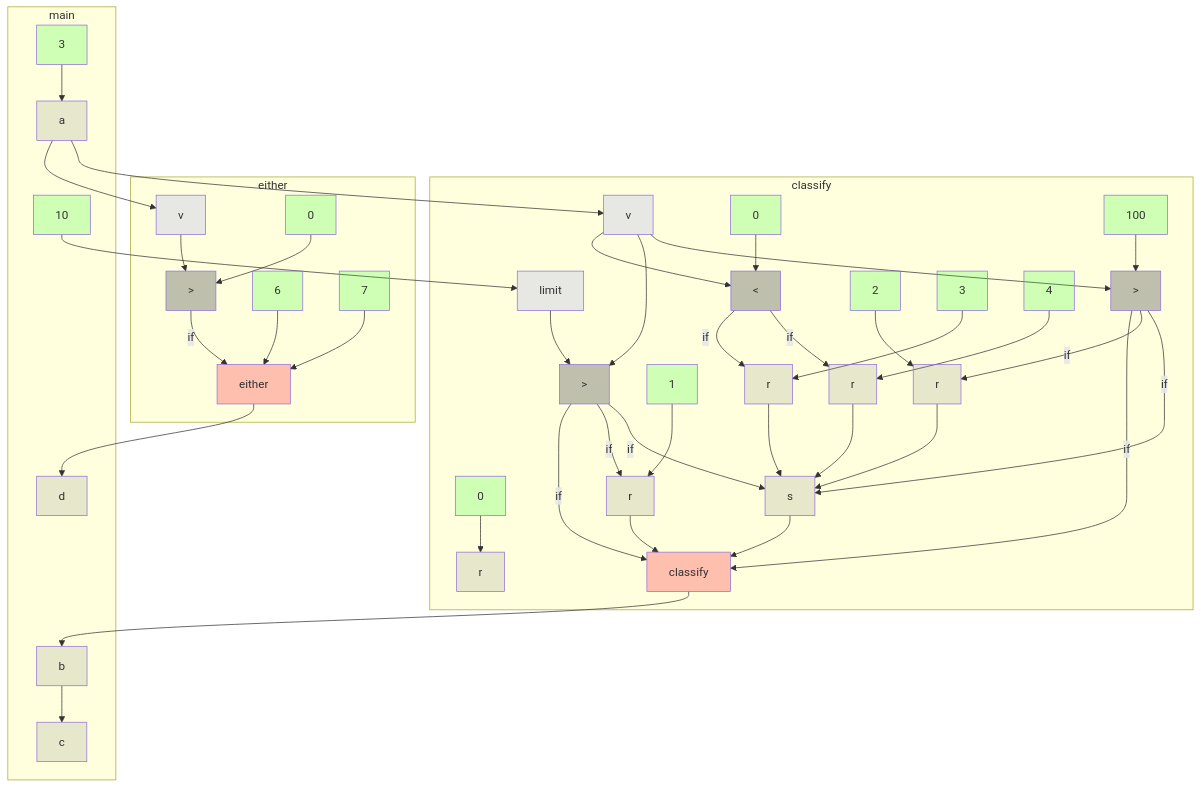
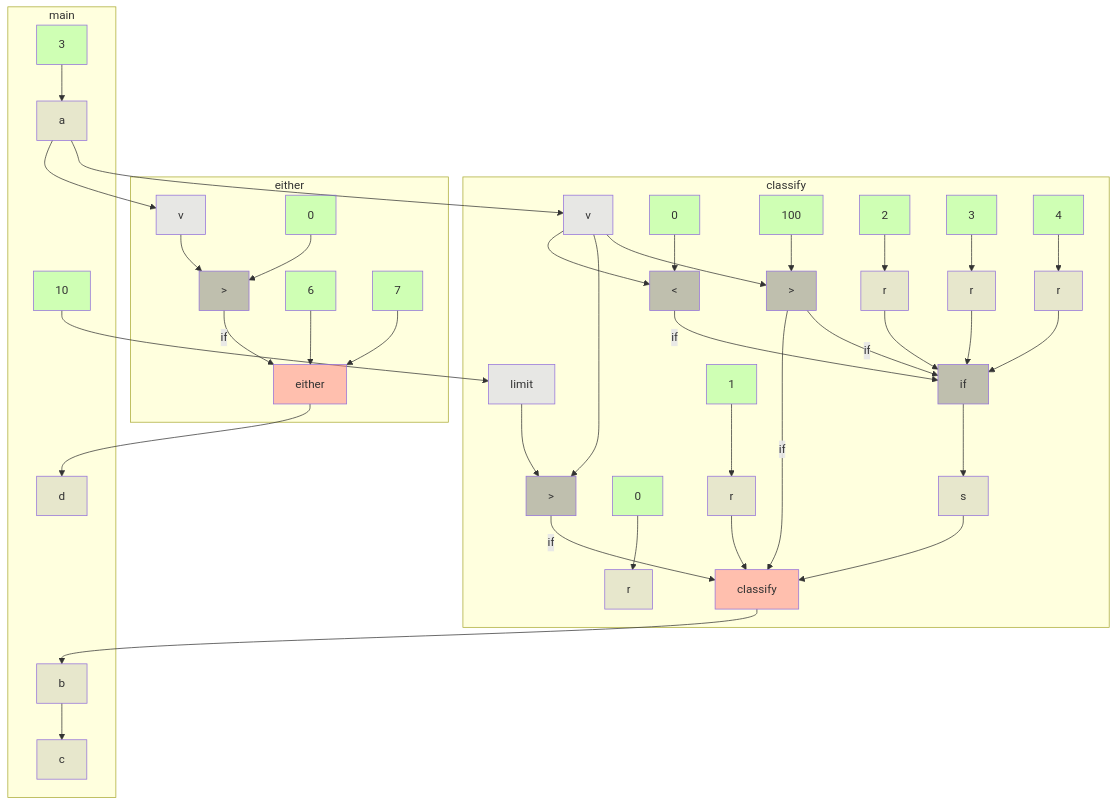
The diagram in app/src/test/resources/if2/spike-truth.md (gstiebler/codeflow), drawn with Mermaid before and after one commit. The commit also changed 17 other files, not shown here.

```diff
--- a/app/src/test/resources/if2/spike-truth.md
+++ b/app/src/test/resources/if2/spike-truth.md
@@ -8,72 +8,70 @@
     n2["#gt;"]:::BIN_OP
     n3["limit"]:::FUNC_PARAM
     n4["v"]:::FUNC_PARAM
-    n5["0"]:::LITERAL
+    n5["if"]:::BIN_OP
     n6["0"]:::LITERAL
-    n7["100"]:::LITERAL
-    n8["1"]:::LITERAL
-    n9["2"]:::LITERAL
-    n10["3"]:::LITERAL
-    n11["4"]:::LITERAL
-    n12["classify"]:::RETURN
-    n13["r"]:::VARIABLE
+    n7["0"]:::LITERAL
+    n8["100"]:::LITERAL
+    n9["1"]:::LITERAL
+    n10["2"]:::LITERAL
+    n11["3"]:::LITERAL
+    n12["4"]:::LITERAL
+    n13["classify"]:::RETURN
     n14["r"]:::VARIABLE
     n15["r"]:::VARIABLE
     n16["r"]:::VARIABLE
     n17["r"]:::VARIABLE
-    n18["s"]:::VARIABLE
+    n18["r"]:::VARIABLE
+    n19["s"]:::VARIABLE
   end
   subgraph m1["either"]
-    n19["#gt;"]:::BIN_OP
-    n20["v"]:::FUNC_PARAM
-    n21["0"]:::LITERAL
-    n22["6"]:::LITERAL
-    n23["7"]:::LITERAL
-    n24["either"]:::RETURN
+    n20["#gt;"]:::BIN_OP
+    n21["v"]:::FUNC_PARAM
+    n22["0"]:::LITERAL
+    n23["6"]:::LITERAL
+    n24["7"]:::LITERAL
+    n25["either"]:::RETURN
   end
   subgraph m2["main"]
-    n25["10"]:::LITERAL
-    n26["3"]:::LITERAL
-    n27["a"]:::VARIABLE
-    n28["b"]:::VARIABLE
-    n29["c"]:::VARIABLE
-    n30["d"]:::VARIABLE
+    n26["10"]:::LITERAL
+    n27["3"]:::LITERAL
+    n28["a"]:::VARIABLE
+    n29["b"]:::VARIABLE
+    n30["c"]:::VARIABLE
+    n31["d"]:::VARIABLE
   end
-  n0 -->|if| n16
-  n0 -->|if| n17
-  n1 -->|if| n12
-  n1 -->|if| n14
-  n1 -->|if| n18
+  n0 -->|if| n5
+  n1 -->|if| n13
   n10 --> n16
   n11 --> n17
-  n12 --> n28
-  n14 --> n12
-  n15 --> n18
-  n16 --> n18
-  n17 --> n18
-  n18 --> n12
-  n19 -->|if| n24
-  n2 -->|if| n12
-  n2 -->|if| n15
-  n2 -->|if| n18
-  n20 --> n19
-  n21 --> n19
-  n22 --> n24
-  n23 --> n24
-  n24 --> n30
-  n25 --> n3
-  n26 --> n27
-  n27 --> n20
-  n27 --> n4
-  n28 --> n29
+  n12 --> n18
+  n13 --> n29
+  n15 --> n13
+  n16 --> n5
+  n17 --> n5
+  n18 --> n5
+  n19 --> n13
+  n2 -->|if| n13
+  n2 -->|if| n5
+  n20 -->|if| n25
+  n21 --> n20
+  n22 --> n20
+  n23 --> n25
+  n24 --> n25
+  n25 --> n31
+  n26 --> n3
+  n27 --> n28
+  n28 --> n21
+  n28 --> n4
+  n29 --> n30
   n3 --> n1
   n4 --> n0
   n4 --> n1
   n4 --> n2
-  n5 --> n13
-  n6 --> n0
-  n7 --> n2
-  n8 --> n14
+  n5 --> n19
+  n6 --> n14
+  n7 --> n0
+  n8 --> n2
   n9 --> n15
   classDef LITERAL fill:#00FF0030
   classDef VARIABLE fill:#80808030
```
